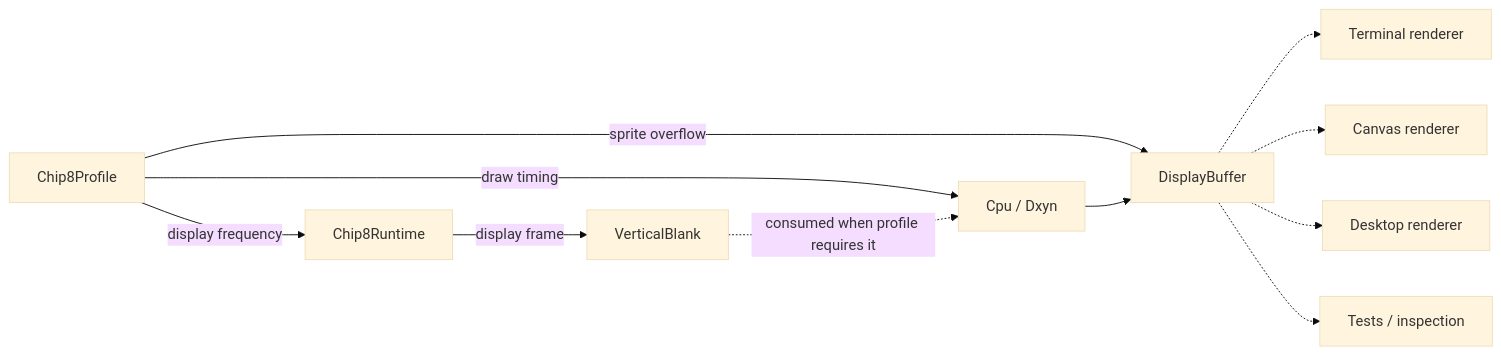
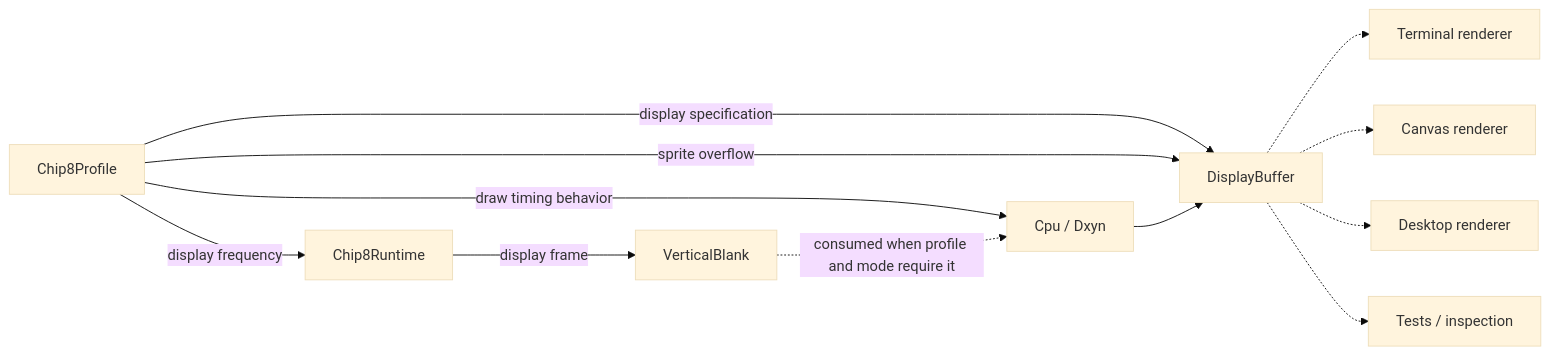
One commit to fa-ribeiro/Chip8NX changed the eighth of 9 diagrams in docs/architecture/overview.md. Above: the diagram before and after it, drawn with Mermaid (base theme). The commit also changed other lines of this file and 81 other files, not shown here.

````diff
--- a/docs/architecture/overview.md
+++ b/docs/architecture/overview.md
@@ -330,25 +344,26 @@
 ```mermaid
 flowchart LR
     Profile["Chip8Profile"]
     Runtime["Chip8Runtime"]
     VBlank["VerticalBlank"]
     Cpu["Cpu / Dxyn"]
     Buffer["DisplayBuffer"]
     Terminal["Terminal renderer"]
     Canvas["Canvas renderer"]
     Desktop["Desktop renderer"]
     Tests["Tests / inspection"]
 
+    Profile -->|"display specification"| Buffer
     Profile -->|"display frequency"| Runtime
-    Profile -->|"draw timing"| Cpu
+    Profile -->|"draw timing behavior"| Cpu
     Profile -->|"sprite overflow"| Buffer
 
     Runtime -->|"display frame"| VBlank
-    VBlank -.->|"consumed when profile requires it"| Cpu
+    VBlank -.->|"consumed when profile and mode require it"| Cpu
     Cpu --> Buffer
 
     Buffer -.-> Terminal
     Buffer -.-> Canvas
     Buffer -.-> Desktop
     Buffer -.-> Tests
 ```
````
